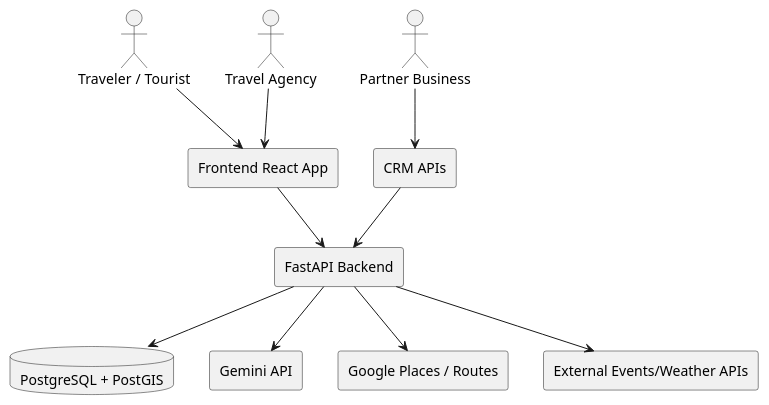
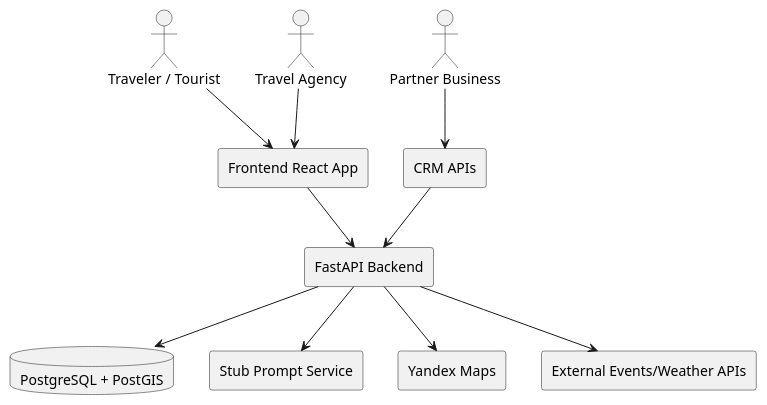
The diagram in docs/uml/systemContext.puml (ArtiomVlasov/trip-planner), drawn with PlantUML before and after one commit. The commit also changed 33 other files, not shown here.

```diff
--- a/docs/uml/systemContext.puml
+++ b/docs/uml/systemContext.puml
@@ -1,25 +1,25 @@
 @startuml
 actor "Traveler / Tourist" as U
 actor "Travel Agency" as A
 actor "Partner Business" as B
 
 rectangle "Frontend React App" as FE
 rectangle "FastAPI Backend" as BE
 rectangle "CRM APIs" as CRM
 database "PostgreSQL + PostGIS" as DB
-rectangle "Gemini API" as AI
-rectangle "Google Places / Routes" as MAPS
+rectangle "Stub Prompt Service" as AI
+rectangle "Yandex Maps" as MAPS
 rectangle "External Events/Weather APIs" as EVT
 
 U --> FE
 A --> FE
 B --> CRM
 
 FE --> BE
 CRM --> BE
 
 BE --> DB
 BE --> AI
 BE --> MAPS
 BE --> EVT
 @enduml
```
